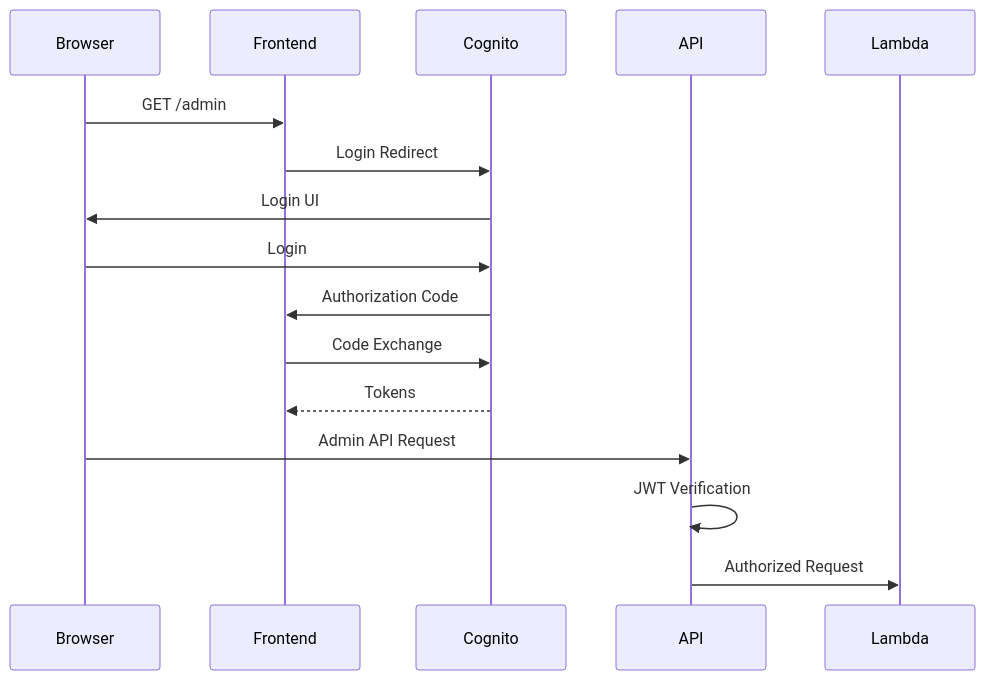
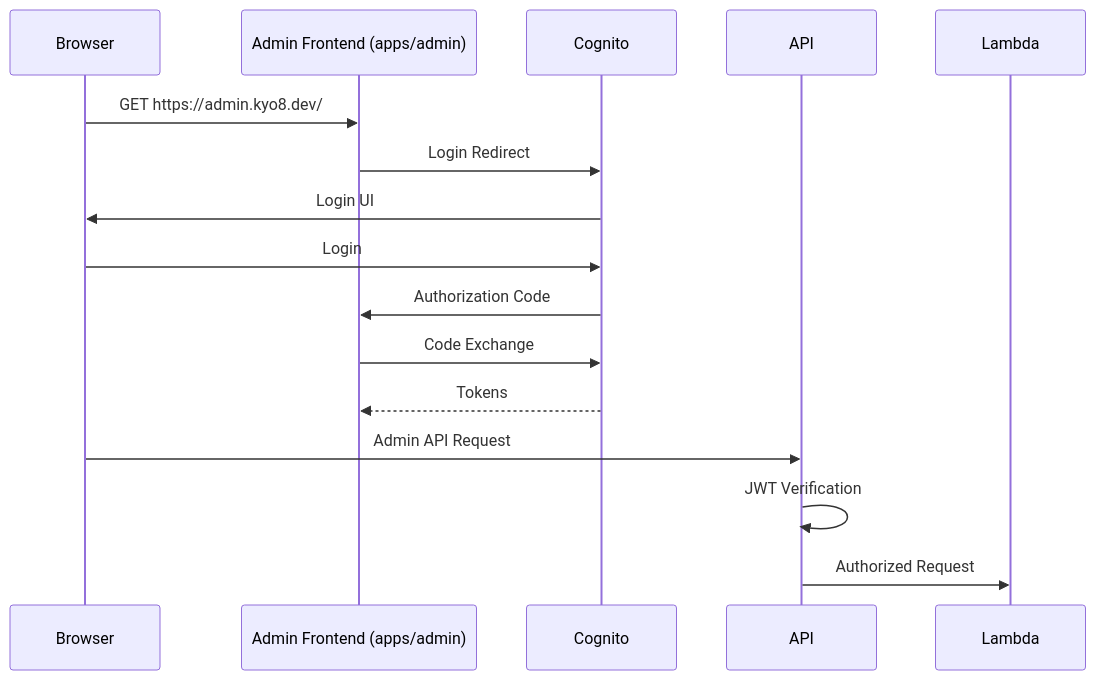
Before and after one commit to Kyoya67/kyo8-portfolio: the second of 3 diagrams in REQUIREMENTS.md, drawn with Mermaid. The commit also changed other lines of this file, not shown here.

Commit message:
fix: clarify frontend structure in flowchart of REQUIREMENTS.md

````diff
--- a/REQUIREMENTS.md
+++ b/REQUIREMENTS.md
@@ -332,20 +340,20 @@
 ```mermaid
 sequenceDiagram
     participant Browser
-    participant Frontend
+    participant AdminFE as Admin Frontend (apps/admin)
     participant Cognito
     participant API
     participant Lambda
 
-    Browser->>Frontend: GET /admin
-    Frontend->>Cognito: Login Redirect
+    Browser->>AdminFE: GET https://admin.kyo8.dev/
+    AdminFE->>Cognito: Login Redirect
     Cognito->>Browser: Login UI
     Browser->>Cognito: Login
-    Cognito->>Frontend: Authorization Code
-    Frontend->>Cognito: Code Exchange
-    Cognito-->>Frontend: Tokens
+    Cognito->>AdminFE: Authorization Code
+    AdminFE->>Cognito: Code Exchange
+    Cognito-->>AdminFE: Tokens
 
     Browser->>API: Admin API Request
     API->>API: JWT Verification
     API->>Lambda: Authorized Request
 ```
````
